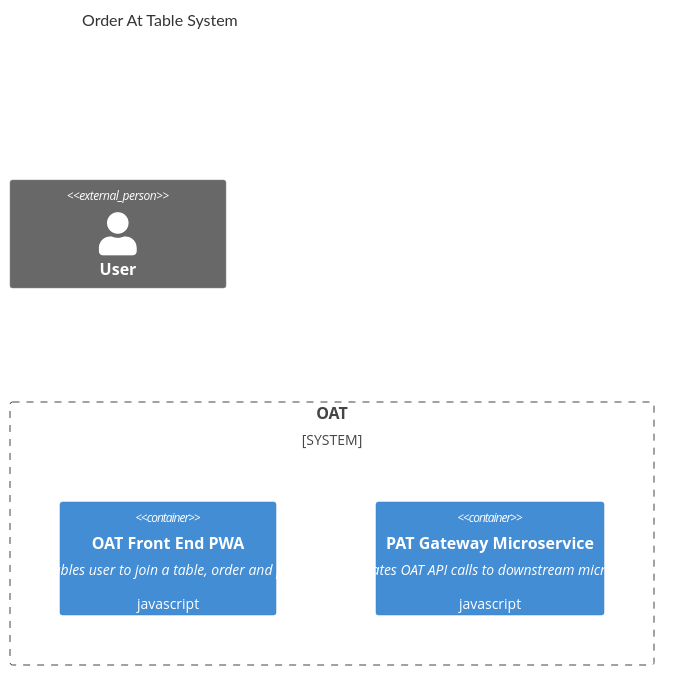
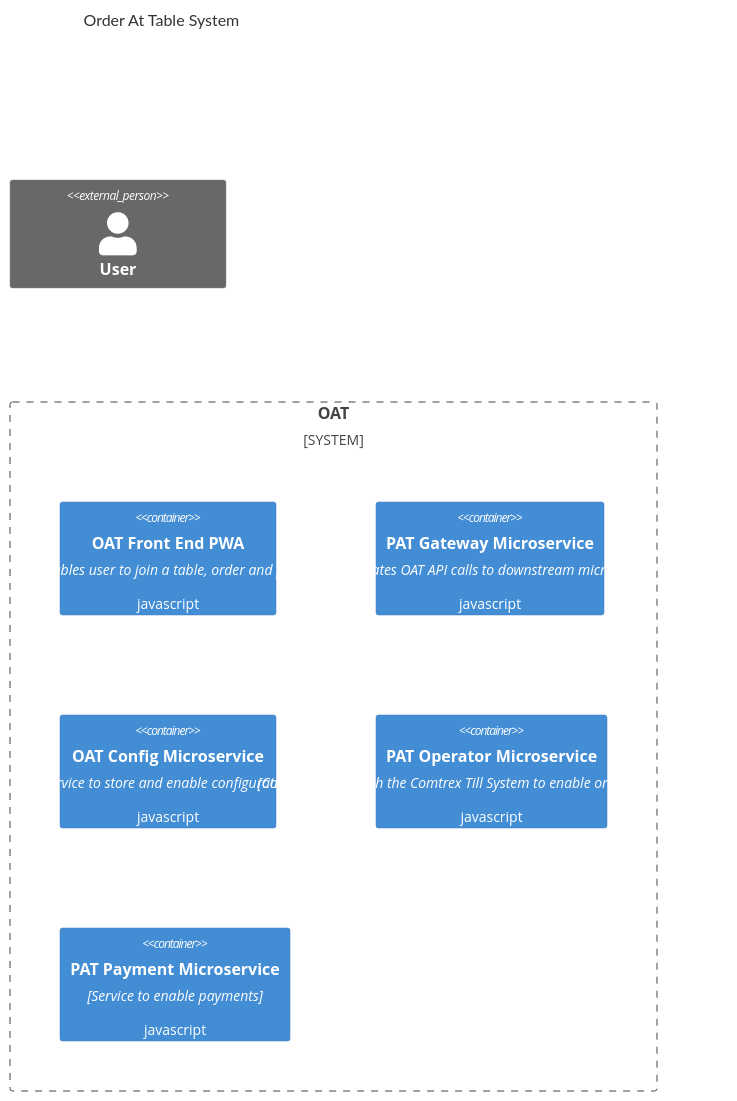
One commit to anandakumarpalanisamy/css-recipes changed the diagram in c4-model.md. Above: the diagram before and after it, drawn with Mermaid.

````diff
--- a/c4-model.md
+++ b/c4-model.md
@@ -1,11 +1,14 @@
 ```mermaid
 C4Container
 title Order At Table System
 
 Person_Ext(person_ext_public, "User")
-System_Boundary(system, "OAT") {
-  Container(container_oat_front_end, "OAT Front End PWA", "Enables user to join a table, order and pay", "javascript")
-  Container(container_pat_gateway, "PAT Gateway Microservice", "Orchestrates OAT API calls to downstream microservices", "javascript")
+System_Boundary(Azzurri, "OAT") {
+  Container(oat_front_end, "OAT Front End PWA", "Enables user to join a table, order and pay", "javascript")
+  Container(pat_gateway, "PAT Gateway Microservice", "Orchestrates OAT API calls to downstream microservices", "javascript")
+  Container(oat_config, "OAT Config Microservice", "Service to store and enable configuration", "javascript")
+  Container(pat_operator, "PAT Operator Microservice", "Communicates with the Comtrex Till System to enable ordering mechanism", "javascript")
+  Container(pat_payment, "PAT Payment Microservice", "Service to enable payments", "javascript")
 }
 
 ```
````
